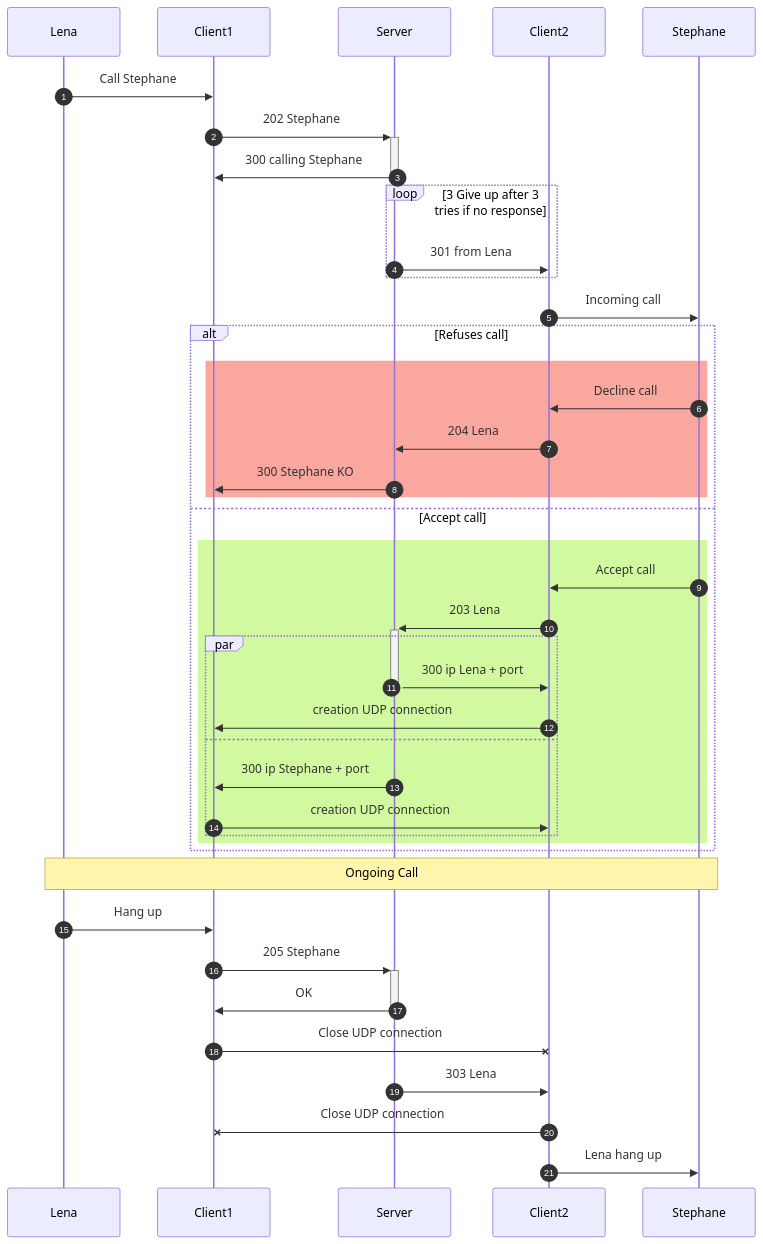
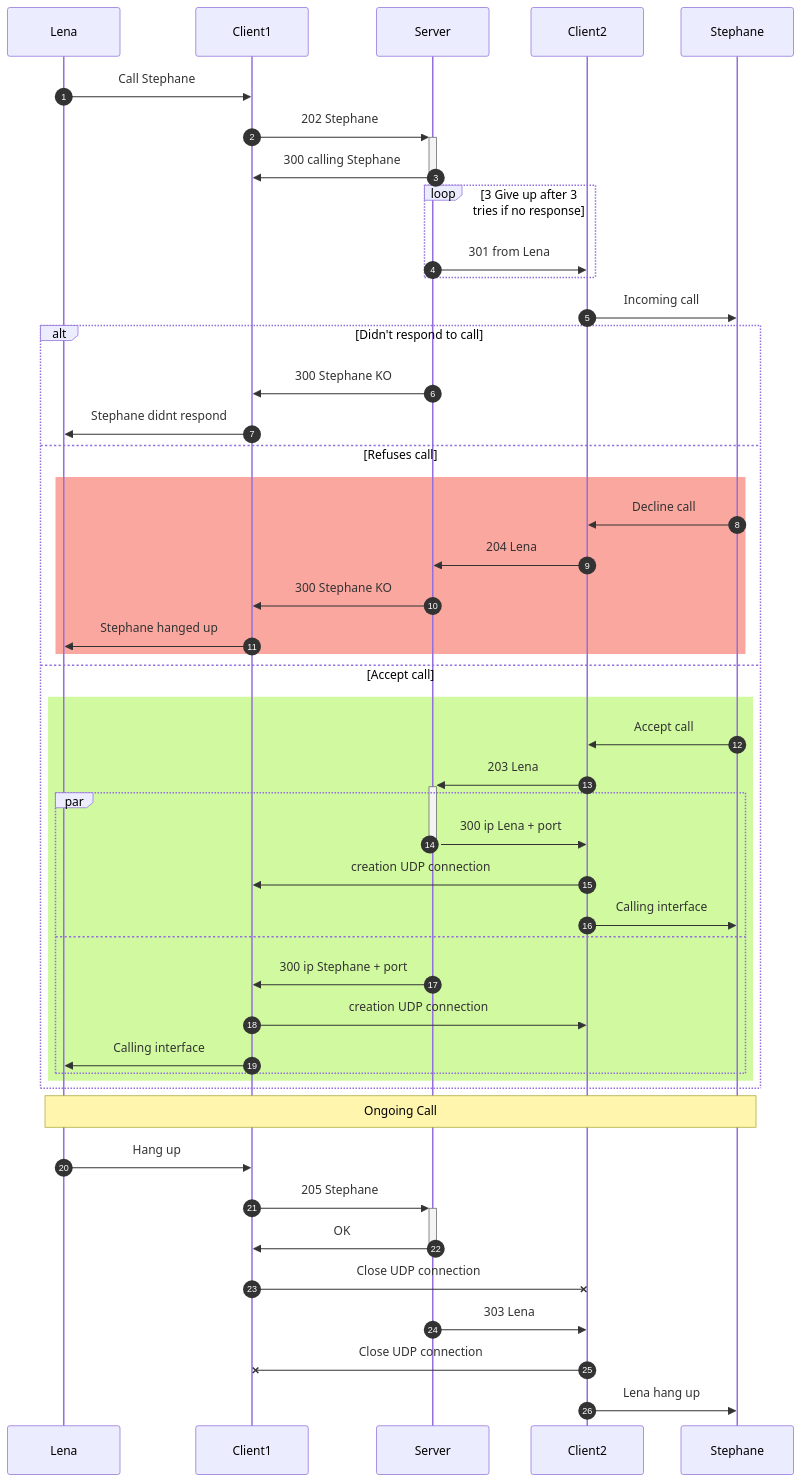
One commit to Octopus773/Babel changed the diagram in Documentation/uml_call.mmd. Above: the diagram before and after it, drawn with Mermaid. The commit also changed 4 other files, not shown here.

```diff
--- a/Documentation/uml_call.mmd
+++ b/Documentation/uml_call.mmd
@@ -1,46 +1,53 @@
 sequenceDiagram
     participant Lena
     participant Client1
     participant Server
     participant Client2
     participant Stephane
     autonumber
 
     Lena->>Client1: Call Stephane
     Client1->>+Server: 202 Stephane
     Server->>-Client1: 300 calling Stephane
 
 
     loop 3 Give up after 3 tries if no response
         Server->>Client2: 301 from Lena
     end
     Client2->>Stephane: Incoming call
-    alt Refuses call
+
+    alt Didn't respond to call
+        Server->>Client1: 300 Stephane KO
+        Client1->>Lena: Stephane didnt respond
+    else Refuses call
         rect rgba(245, 81, 66, .5)
             Stephane->>Client2: Decline call
             Client2->>Server: 204 Lena
             Server->>Client1: 300 Stephane KO
+            Client1->>Lena: Stephane hanged up
         end
     else Accept call
         rect rgba(164, 245, 66, .5)
             Stephane->>Client2: Accept call
             Client2->>+Server: 203 Lena
             par
                 Server->>-Client2: 300 ip Lena + port
                 Client2->>Client1: creation UDP connection
+                Client2->>Stephane: Calling interface
             and
                 Server->>Client1: 300 ip Stephane + port
                 Client1->>Client2: creation UDP connection
+                Client1->>Lena: Calling interface
             end
         end
     end
 
     Note over Lena, Stephane: Ongoing Call
 
     Lena->>Client1: Hang up
     Client1->>+Server: 205 Stephane
     Server->>-Client1: OK
     Client1-xClient2: Close UDP connection
     Server->>Client2: 303 Lena
     Client2-xClient1: Close UDP connection
     Client2->>Stephane: Lena hang up
```
